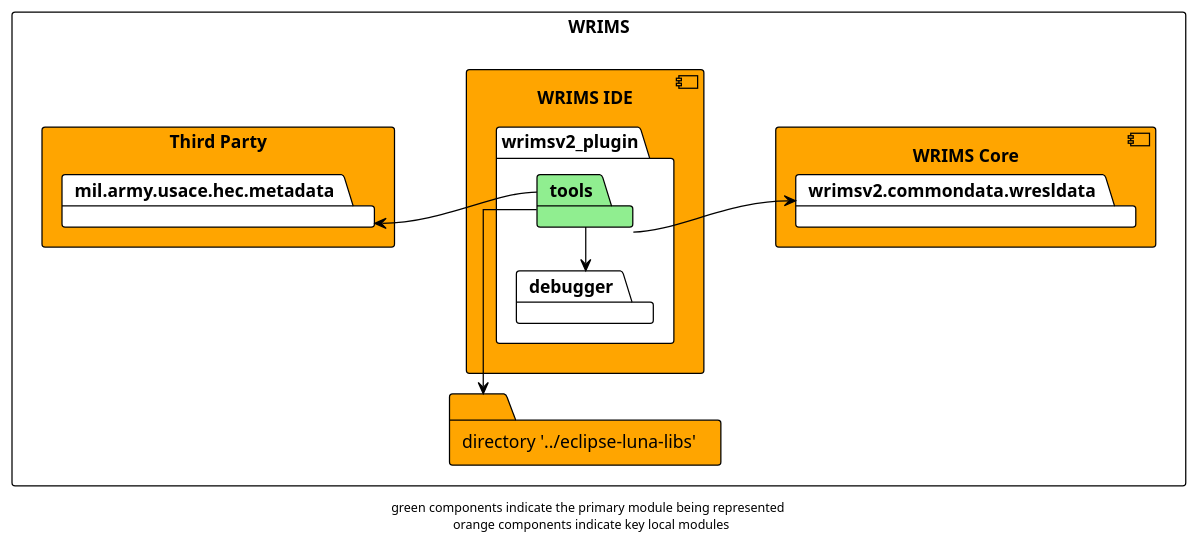
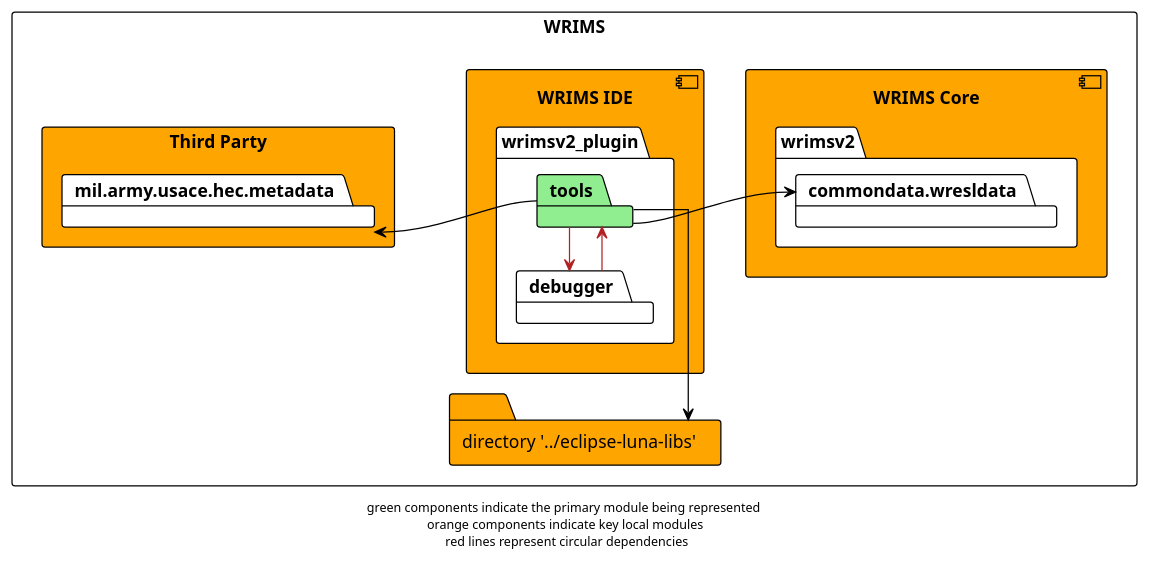
Before and after one commit to CentralValleyModeling/wrims: the diagram in docs/diagrams/wrims-ide/wrims-ide_tools.plantuml, drawn with PlantUML. The commit also changed 11 other files, not shown here.

Commit message:
Updated dependency diagrams, updated generation script

```diff
--- a/docs/diagrams/wrims-ide/wrims-ide_tools.plantuml
+++ b/docs/diagrams/wrims-ide/wrims-ide_tools.plantuml
@@ -1,30 +1,34 @@
 @startuml
 
 !theme plain
 left to right direction
 skinparam linetype ortho
 
 rectangle WRIMS {
     component wrims-ide as "WRIMS IDE" #orange {
         package wrimsv2_plugin {
             package tools #lightgreen
             package debugger
         }
     }
 
     folder luna_libs as "directory '../eclipse-luna-libs'" #orange
     rectangle third-party as "Third Party" #orange {
         package mil.army.usace.hec.metadata
     }
 
     component wrims-core as "WRIMS Core" #orange {
-        package wrimsv2.commondata.wresldata
+        package wrimsv2 {
+            package commondata.wresldata
+        }
     }
 }
 tools -r-> luna_libs
-tools -l-> debugger
+tools -l-> debugger #firebrick
 tools -u-> mil.army.usace.hec.metadata
-tools -down-> wrimsv2.commondata.wresldata
+tools -down-> commondata.wresldata
 
-footer "green components indicate the primary module being represented \n orange components indicate key local modules"
+debugger -> tools #firebrick
+
+footer "green components indicate the primary module being represented \n orange components indicate key local modules \n red lines represent circular dependencies"
 @enduml
```
